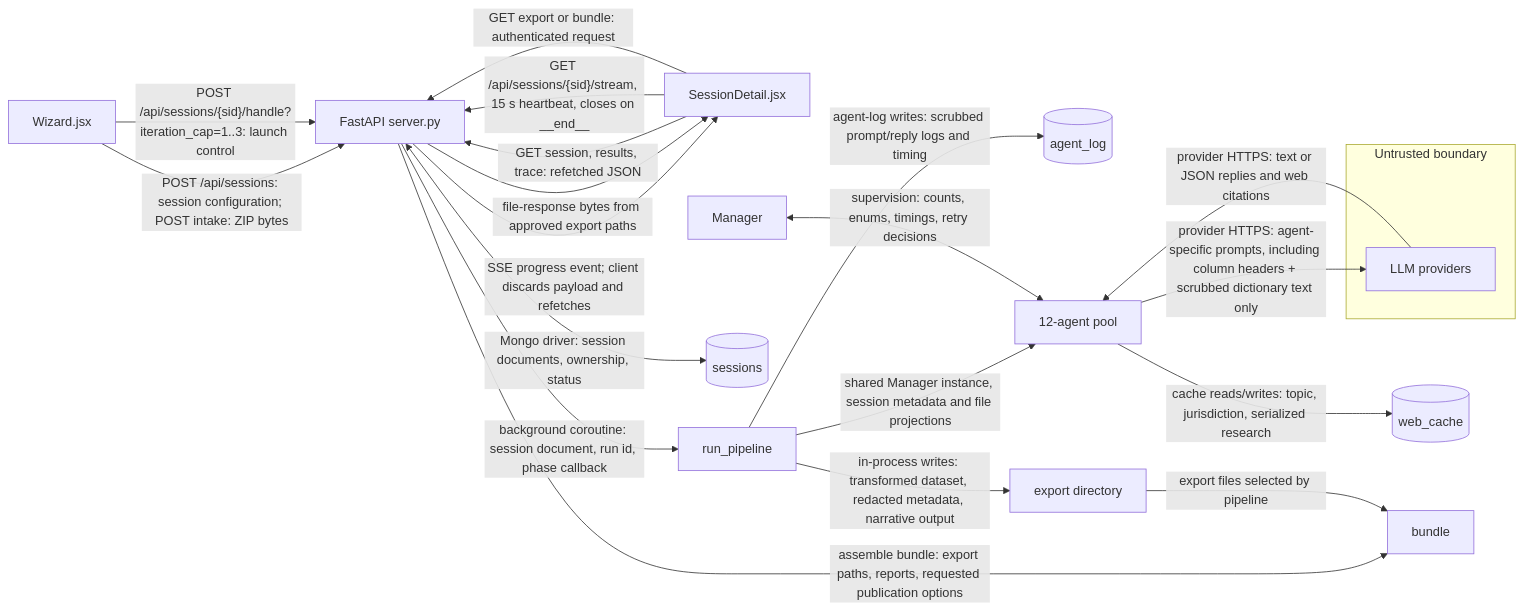
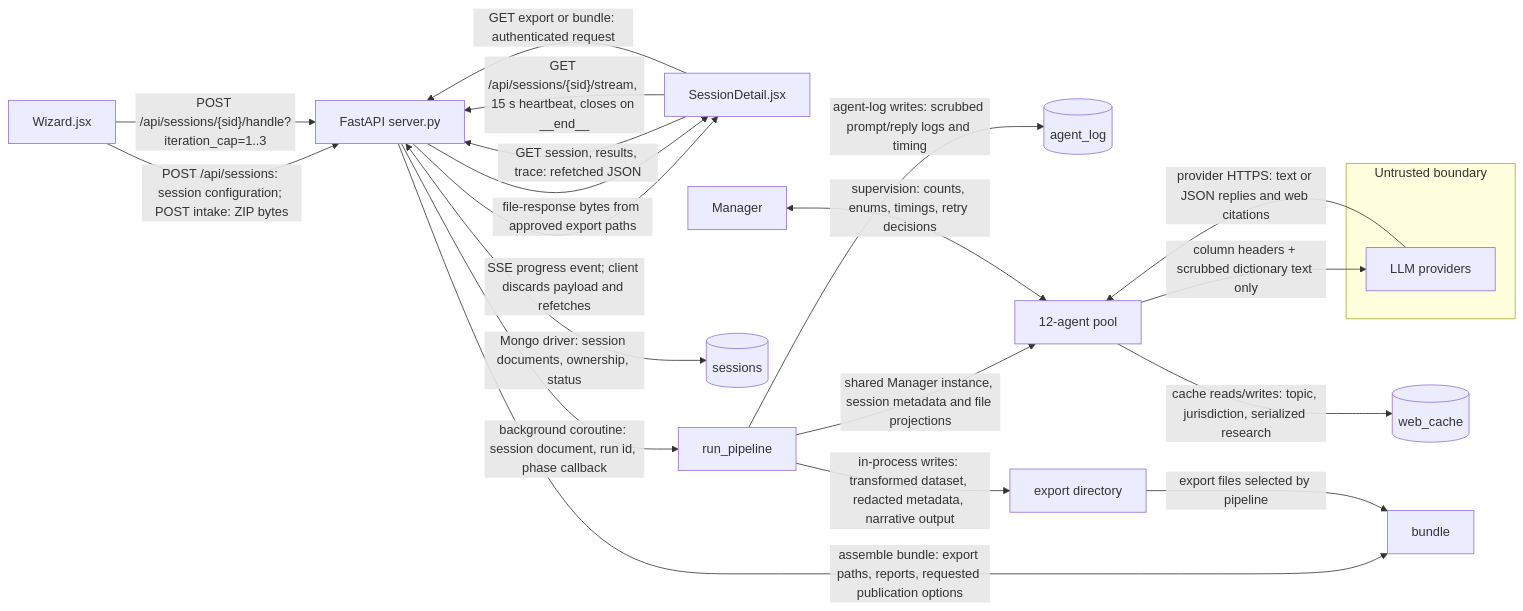
The first of 3 diagrams in docs/AGENT_ARCHITECTURE.md (solomonsjoseph/PHI-Handling-system), drawn with Mermaid before and after one commit. The commit also changed other lines of this file, not shown here.

Commit message:
docs: correct PHI pipeline flow details

````diff
--- a/docs/AGENT_ARCHITECTURE.md
+++ b/docs/AGENT_ARCHITECTURE.md
@@ -11,24 +11,24 @@
 ```mermaid
 flowchart LR
     Wizard["Wizard.jsx"] -->|"POST /api/sessions: session configuration; POST intake: ZIP bytes"| Server["FastAPI server.py"]
-    Wizard -->|"POST /api/sessions/{sid}/handle?iteration_cap=1..3: launch control"| Server
+    Wizard -->|"POST /api/sessions/{sid}/handle?iteration_cap=1..3"| Server
     Detail["SessionDetail.jsx"] -->|"GET session, results, trace: refetched JSON"| Server
     Detail -->|"GET /api/sessions/{sid}/stream, 15 s heartbeat, closes on __end__"| Server
     Server -->|"SSE progress event; client discards payload and refetches"| Detail
     Server -->|"background coroutine: session document, run id, phase callback"| Pipeline["run_pipeline"]
     Server <-->|"Mongo driver: session documents, ownership, status"| Sessions[("sessions")]
     Pipeline -->|"agent-log writes: scrubbed prompt/reply logs and timing"| AgentLog[("agent_log")]
     Pool["12-agent pool"] -->|"cache reads/writes: topic, jurisdiction, serialized research"| Cache[("web_cache")]
     Pipeline -->|"shared Manager instance, session metadata and file projections"| Pool
     Manager["Manager"] <-->|"supervision: counts, enums, timings, retry decisions"| Pool
     subgraph Boundary["Untrusted boundary"]
         Providers["LLM providers"]
     end
-    Pool -->|"provider HTTPS: agent-specific prompts, including column headers + scrubbed dictionary text only"| Providers
+    Pool -->|"column headers + scrubbed dictionary text only"| Providers
     Providers -->|"provider HTTPS: text or JSON replies and web citations"| Pool
     Pipeline -->|"in-process writes: transformed dataset, redacted metadata, narrative output"| Exports["export directory"]
     Detail -->|"GET export or bundle: authenticated request"| Server
     Server -->|"file-response bytes from approved export paths"| Detail
     Server -->|"assemble bundle: export paths, reports, requested publication options"| Bundle["bundle"]
     Exports -->|"export files selected by pipeline"| Bundle
 ```
````
